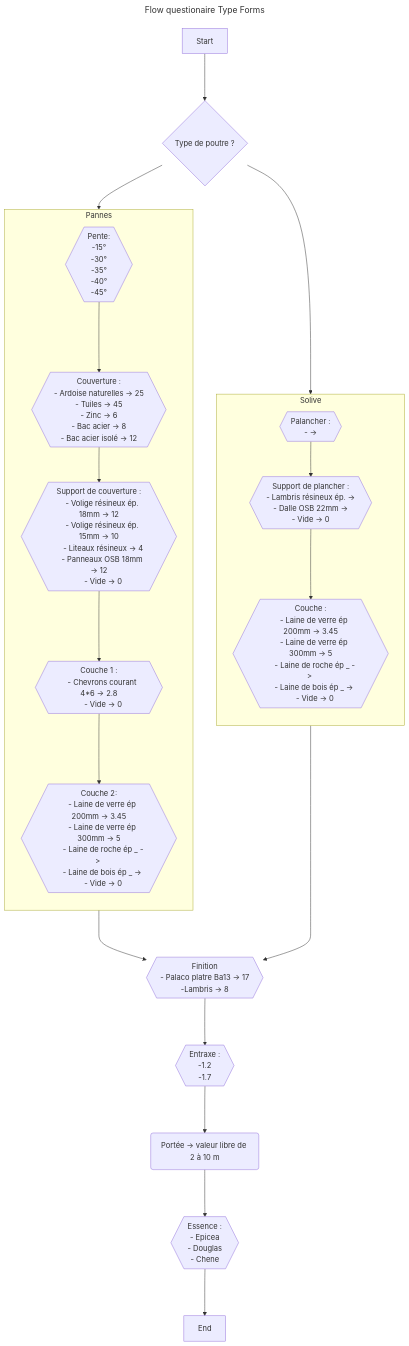
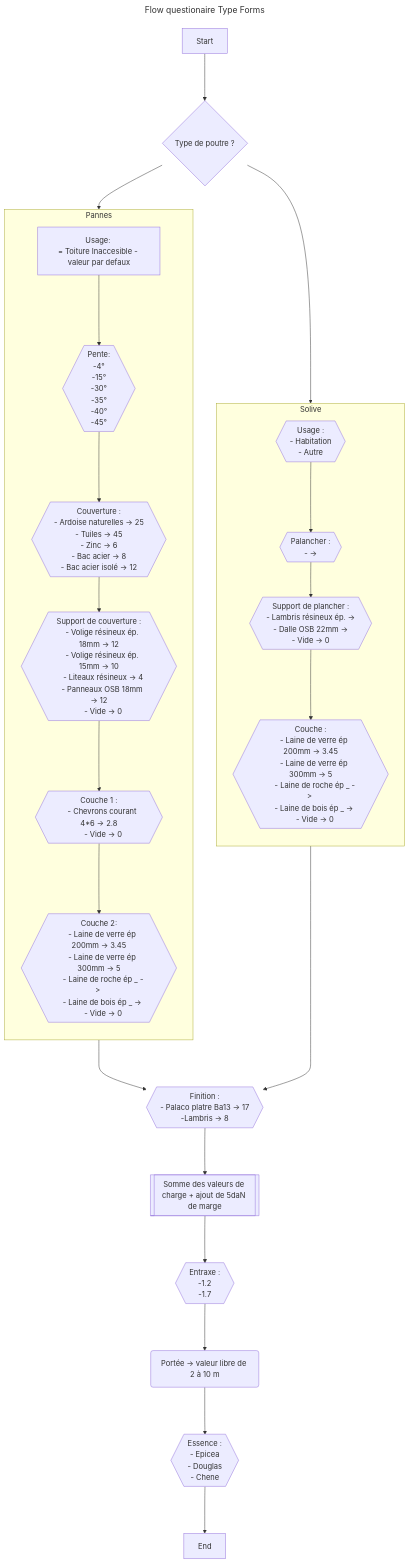
The second of 2 diagrams in docs/Structure Form.md (Maxos7/CAB_Abac_charpentes), drawn with Mermaid before and after one commit. The commit also changed other lines of this file, not shown here.

`````diff
--- a/docs/Structure Form.md
+++ b/docs/Structure Form.md
@@ -59,73 +64,81 @@
 ````mermaid
 ---
 title : Flow questionaire Type Forms
 ---
 flowchart TB
 Start ---> Type_poutre
 Type_poutre{Type de poutre ?}
     Type_poutre --> panne
     Type_poutre --> solive
 
 subgraph panne [Pannes]
     direction TB
-Pente{{Pente:
+Usage1[Usage: 
+= Toiture Inaccesible - valeur par defaux]
+
+Usage1 --->  Pente{{Pente:
+    -4°
     -15°
     -30°
     -35°
     -40°
     -45°}}
 Pente --->Couverture{{ Couverture :
     - Ardoise naturelles -> 25
     - Tuiles -> 45
     - Zinc -> 6 
     - Bac acier -> 8
     - Bac acier isolé -> 12}}
 Couverture --> SupportC{{Support de couverture :
     - Volige résineux ép. 18mm -> 12
     - Volige résineux ép. 15mm -> 10
     - Liteaux résineux -> 4
     - Panneaux OSB 18mm -> 12
     - Vide -> 0}}
 SupportC ---> Couche_p1{{Couche 1 :
     - Chevrons courant 4*6 -> 2.8
     - Vide -> 0}}
 Couche_p1 ---> Couche_p2{{Couche 2:
     - Laine de verre ép 200mm -> 3.45
     - Laine de verre ép 300mm -> 5
     - Laine de roche ép _ -> 
     - Laine de bois ép _ -> 
     - Vide -> 0}}
 end
 
 subgraph solive [Solive]
     direction TB
-Plancher{{ Palancher :
+Usage2{{Usage :
+    - Habitation
+    - Autre}}
+
+Usage2 ---> Plancher{{ Palancher :
     -  -> }}
 Plancher --> SupportP{{Support de plancher :
     - Lambris résineux ép.  -> 
     - Dalle OSB 22mm -> 
     - Vide -> 0}}
 SupportP ---> Couche_s1{{Couche :
     - Laine de verre ép 200mm -> 3.45
     - Laine de verre ép 300mm -> 5
     - Laine de roche ép _ -> 
     - Laine de bois ép _ -> 
     - Vide -> 0}}
 end
 
 panne ---> Finition
 solive ---> Finition
-Finition{{Finition
+Finition{{Finition :
     - Palaco platre Ba13 -> 17
     -Lambris -> 8}}
-Finition  ---> Entraxe
+Finition  ---> A@{ shape: subproc, label: "Somme des valeurs de charge + ajout de 5daN de marge"} ---> Entraxe
 Entraxe{{Entraxe :
     -1.2
     -1.7}}
 Entraxe ---> Portée(Portée -> valeur libre de 2 à 10 m)
 Portée ---> Essence{{Essence :
     - Epicea
     - Douglas
     - Chene}}
 Essence ---> End
 ````
`````
